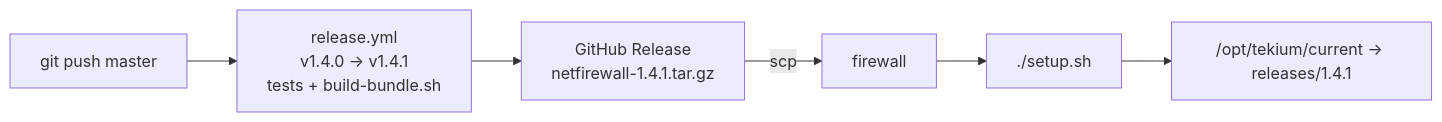
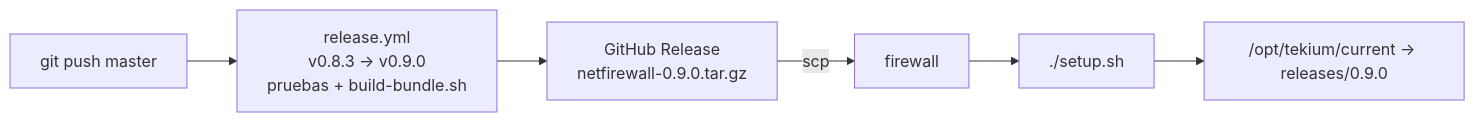
Before and after one commit to mchinchilla/NetFirewall: the second of 5 diagrams in README.es.md, drawn with Mermaid. The commit also changed other lines of this file and 7 other files, not shown here.

````diff
--- a/README.es.md
+++ b/README.es.md
@@ -147,8 +152,8 @@
 ```mermaid
 flowchart LR
-    A[git push master] --> B[release.yml<br/>v1.4.0 → v1.4.1<br/>tests + build-bundle.sh]
-    B --> C[GitHub Release<br/>netfirewall-1.4.1.tar.gz]
+    A[git push master] --> B[release.yml<br/>v0.8.3 → v0.9.0<br/>pruebas + build-bundle.sh]
+    B --> C[GitHub Release<br/>netfirewall-0.9.0.tar.gz]
     C -->|scp| D[firewall]
     D --> E[./setup.sh]
-    E --> F["/opt/tekium/current → releases/1.4.1"]
+    E --> F["/opt/tekium/current → releases/0.9.0"]
 ```
````
